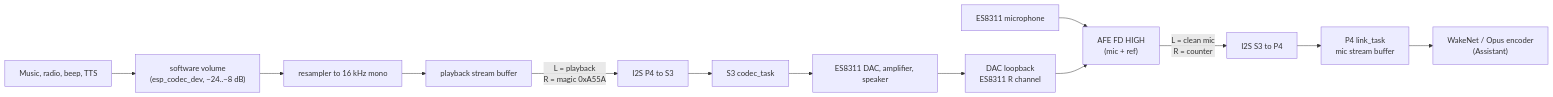
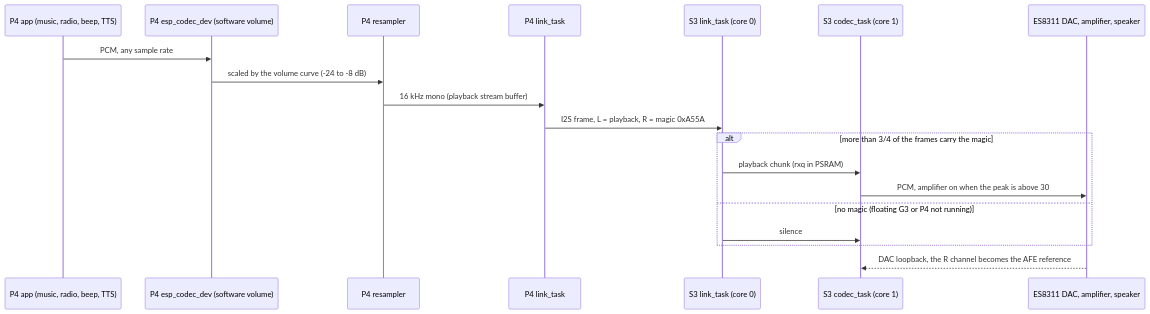
One commit to ngttai/p4c5_sticks3_coprocessor changed the third of 3 diagrams in docs/ARCHITECTURE.md. Above: the diagram before and after it, drawn with Mermaid. The commit also changed other lines of this file and 1 other file, not shown here.

Commit message:
Architecture: data flow as two sequence diagrams (mic and speaker paths)

````diff
--- a/docs/ARCHITECTURE.md
+++ b/docs/ARCHITECTURE.md
@@ -46,16 +72,22 @@
 ```mermaid
-flowchart LR
-    MIC["ES8311 microphone"] --> AFE["AFE FD HIGH<br/>(mic + ref)"]
-    REF["DAC loopback<br/>ES8311 R channel"] --> AFE
-    AFE -->|"L = clean mic<br/>R = counter"| LINKTX["I2S S3 to P4"]
-    LINKTX --> RX["P4 link_task<br/>mic stream buffer"]
-    RX --> WAKE["WakeNet / Opus encoder<br/>(Assistant)"]
+sequenceDiagram
+    participant APP as P4 app (music, radio, beep, TTS)
+    participant VOL as P4 esp_codec_dev (software volume)
+    participant RS as P4 resampler
+    participant LP as P4 link_task
+    participant LS as S3 link_task (core 0)
+    participant CT as S3 codec_task (core 1)
+    participant SPK as ES8311 DAC, amplifier, speaker
 
-    APP["Music, radio, beep, TTS"] --> VOL["software volume<br/>(esp_codec_dev, −24..−8 dB)"]
-    VOL --> RS["resampler to 16 kHz mono"]
-    RS --> PSB["playback stream buffer"]
-    PSB -->|"L = playback<br/>R = magic 0xA55A"| LINKRX["I2S P4 to S3"]
-    LINKRX --> CODEC["S3 codec_task"]
-    CODEC --> DAC["ES8311 DAC, amplifier, speaker"]
-    DAC --> REF
+    APP->>VOL: PCM, any sample rate
+    VOL->>RS: scaled by the volume curve (-24 to -8 dB)
+    RS->>LP: 16 kHz mono (playback stream buffer)
+    LP->>LS: I2S frame, L = playback, R = magic 0xA55A
+    alt more than 3/4 of the frames carry the magic
+        LS->>CT: playback chunk (rxq in PSRAM)
+        CT->>SPK: PCM, amplifier on when the peak is above 30
+    else no magic (floating G3 or P4 not running)
+        LS->>CT: silence
+    end
+    SPK-->>CT: DAC loopback, the R channel becomes the AFE reference
 ```
````
